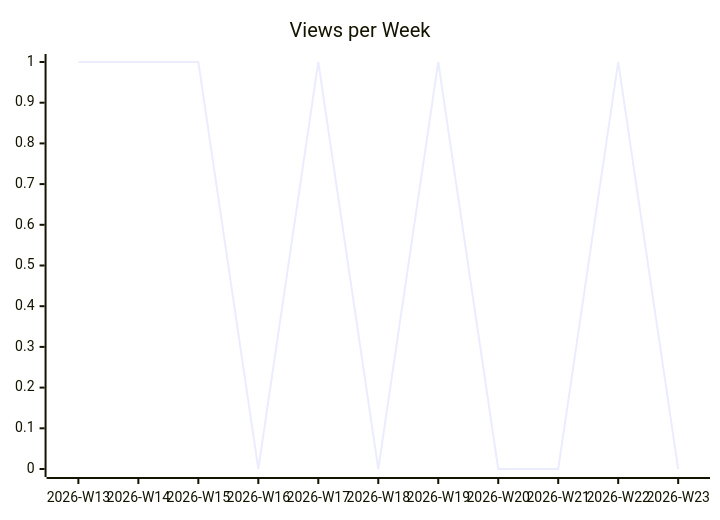
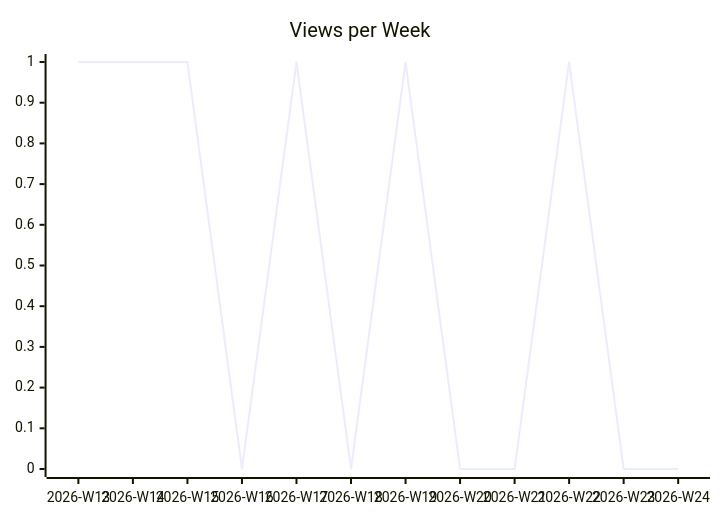
One commit to justdavis-family/github-analytics-data changed the second of 3 diagrams in karlmdavis/ansible-role-jenkins2/README.md. Above: the diagram before and after it, drawn with Mermaid. The commit also changed other lines of this file and 189 other files, not shown here.

````diff
--- a/karlmdavis/ansible-role-jenkins2/README.md
+++ b/karlmdavis/ansible-role-jenkins2/README.md
@@ -12,6 +12,6 @@
 ```mermaid
 xychart-beta
   title "Views per Week"
-  x-axis ["2026-W13", "2026-W14", "2026-W15", "2026-W16", "2026-W17", "2026-W18", "2026-W19", "2026-W20", "2026-W21", "2026-W22", "2026-W23"]
-  line [1, 1, 1, 0, 1, 0, 1, 0, 0, 1, 0]
+  x-axis ["2026-W13", "2026-W14", "2026-W15", "2026-W16", "2026-W17", "2026-W18", "2026-W19", "2026-W20", "2026-W21", "2026-W22", "2026-W23", "2026-W24"]
+  line [1, 1, 1, 0, 1, 0, 1, 0, 0, 1, 0, 0]
 ```
````
